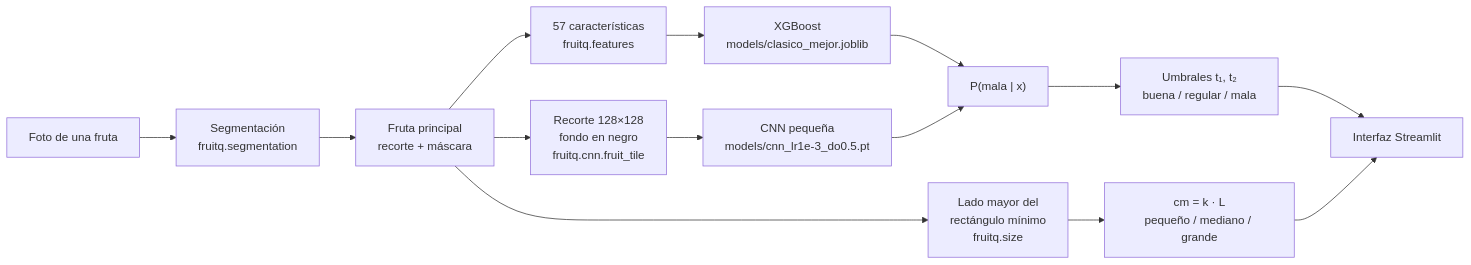
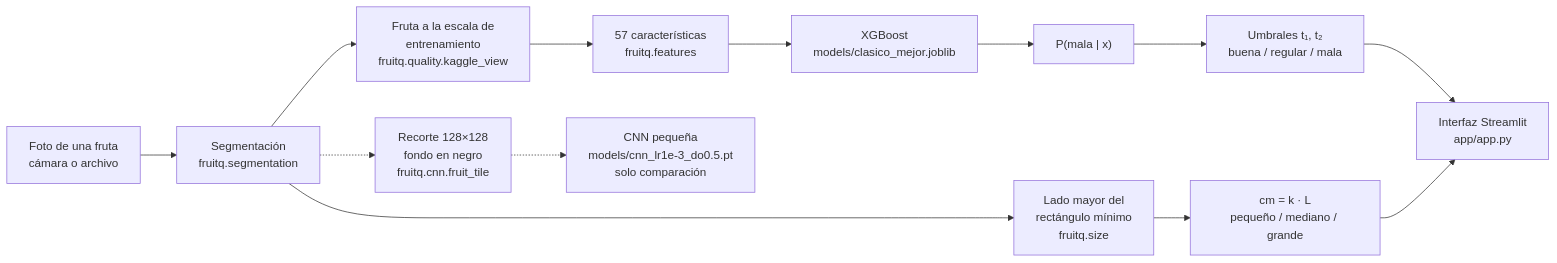
Before and after one commit to KOTE3/proyectoFinalAPOIII: the diagram in docs/arquitectura.md, drawn with Mermaid. The commit also changed other lines of this file and 7 other files, not shown here.

Commit message:
Diagramas del informe: flujo CRISP-DM del proyecto con sus iteraciones y arquitectura del sistema (entrenamiento e inferencia)

````diff
--- a/docs/arquitectura.md
+++ b/docs/arquitectura.md
@@ -5,16 +7,15 @@
 ```mermaid
 flowchart LR
-    A[Foto de una fruta] --> B[Segmentación<br/>fruitq.segmentation]
-    B --> C[Fruta principal<br/>recorte + máscara]
+    A[Foto de una fruta<br/>cámara o archivo] --> B[Segmentación<br/>fruitq.segmentation]
+    B --> C[Fruta a la escala de<br/>entrenamiento<br/>fruitq.quality.kaggle_view]
     C --> D[57 características<br/>fruitq.features]
-    C --> E[Recorte 128×128<br/>fondo en negro<br/>fruitq.cnn.fruit_tile]
     D --> F[XGBoost<br/>models/clasico_mejor.joblib]
-    E --> G[CNN pequeña<br/>models/cnn_lr1e-3_do0.5.pt]
     F --> H["P(mala | x)"]
-    G --> H
     H --> I[Umbrales t₁, t₂<br/>buena / regular / mala]
-    C --> J[Lado mayor del<br/>rectángulo mínimo<br/>fruitq.size]
+    B --> J[Lado mayor del<br/>rectángulo mínimo<br/>fruitq.size]
     J --> K[cm = k · L<br/>pequeño / mediano / grande]
-    I --> L[Interfaz Streamlit]
+    I --> L[Interfaz Streamlit<br/>app/app.py]
     K --> L
+    B -.-> E[Recorte 128×128<br/>fondo en negro<br/>fruitq.cnn.fruit_tile]
+    E -.-> G[CNN pequeña<br/>models/cnn_lr1e-3_do0.5.pt<br/>solo comparación]
 ```
````
